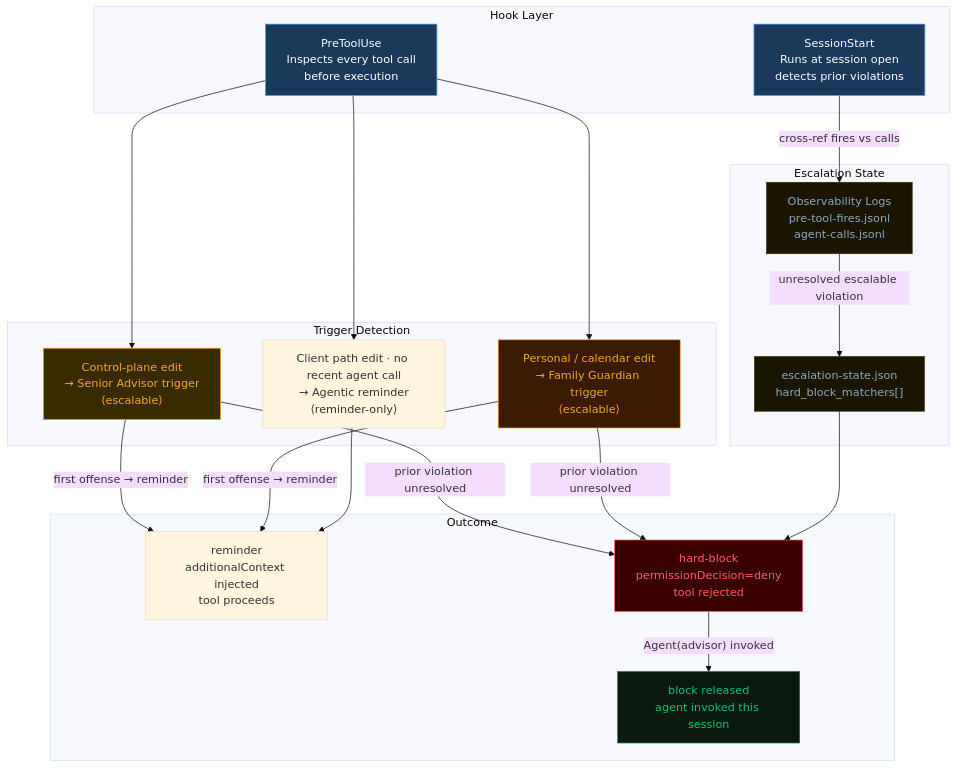
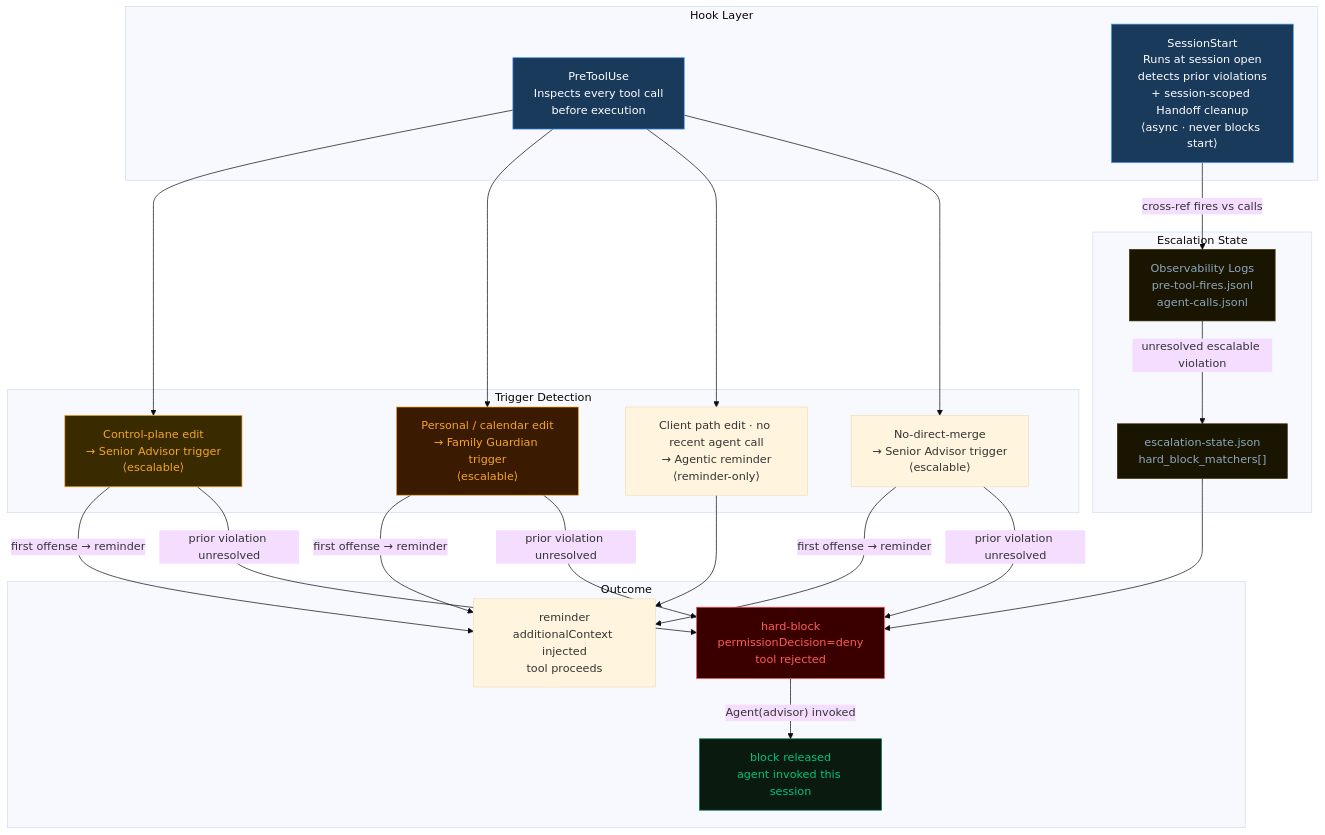
The eighth of 8 diagrams in ARCHITECTURE.md (DScardini91/agentic-os), drawn with Mermaid (base theme) before and after one commit. The commit also changed other lines of this file, not shown here.

Commit message:
arch: weekly sync 2026-W22 — no-direct-merge trigger, Darwin schema split (infra/domain agents + reminder_only_fires), follow-through tracking, stale handoff auto-cleanup

````diff
--- a/ARCHITECTURE.md
+++ b/ARCHITECTURE.md
@@ -311,42 +325,43 @@
 ```mermaid
 flowchart TD
     subgraph Hooks ["Hook Layer"]
         PTE["PreToolUse\nInspects every tool call\nbefore execution"]
-        SSV["SessionStart\nRuns at session open\ndetects prior violations"]
+        SSV["SessionStart\nRuns at session open\ndetects prior violations\n+ session-scoped Handoff cleanup\n⟨async · never blocks start⟩"]
     end
 
     subgraph Detect ["Trigger Detection"]
         T1["Control-plane edit\n→ Senior Advisor trigger\n⟨escalable⟩"]
         T2["Personal / calendar edit\n→ Family Guardian trigger\n⟨escalable⟩"]
         T3["Client path edit · no recent agent call\n→ Agentic reminder\n⟨reminder-only⟩"]
+        T4["No-direct-merge\n→ Senior Advisor trigger\n⟨escalable⟩"]
     end
 
     subgraph State ["Escalation State"]
         ESC["escalation-state.json\nhard_block_matchers[]"]
         OBS["Observability Logs\npre-tool-fires.jsonl\nagent-calls.jsonl"]
     end
 
     subgraph Outcome ["Outcome"]
         REM["reminder\nadditionalContext injected\ntool proceeds"]
         BLK["hard-block\npermissionDecision=deny\ntool rejected"]
         REL["block released\nagent invoked this session"]
     end
 
-    PTE --> T1 & T2 & T3
-    T1 & T2 -->|"first offense → reminder"| REM
-    T1 & T2 -->|"prior violation unresolved"| BLK
+    PTE --> T1 & T2 & T3 & T4
+    T1 & T2 & T4 -->|"first offense → reminder"| REM
+    T1 & T2 & T4 -->|"prior violation unresolved"| BLK
     T3 --> REM
     SSV -->|"cross-ref fires vs calls"| OBS
     OBS -->|"unresolved escalable violation"| ESC
     ESC --> BLK
     BLK -->|"Agent(advisor) invoked"| REL
 
     style PTE fill:#1A3A5C,stroke:#4A9EFF,color:#fff
     style SSV fill:#1A3A5C,stroke:#4A9EFF,color:#fff
     style T1 fill:#3A2A00,stroke:#F5A623,color:#F5A623
     style T2 fill:#3A1A00,stroke:#F5A623,color:#F5A623
     style BLK fill:#3A0000,stroke:#FF5B5B,color:#FF5B5B
     style REL fill:#0A1A0F,stroke:#007A4D,color:#00C47A
     style ESC fill:#1A1500,stroke:#3A2A00,color:#8CA8C0
     style OBS fill:#1A1500,stroke:#3A2A00,color:#8CA8C0
 ```
````
